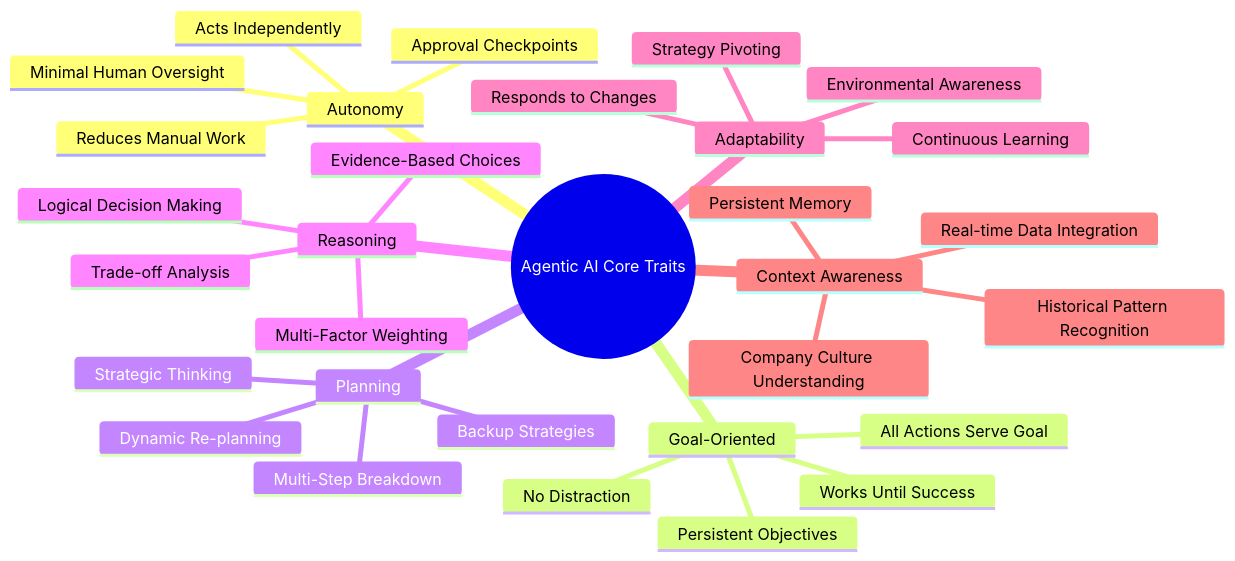
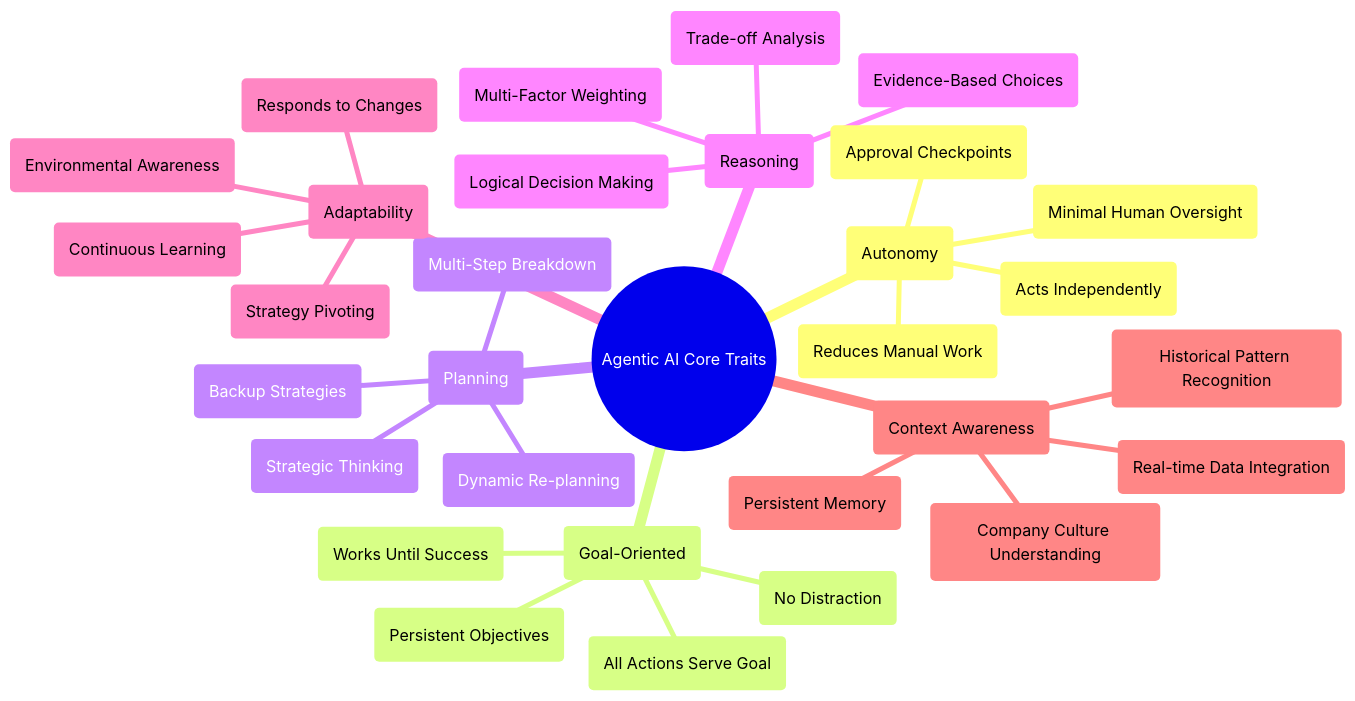
Before and after one commit to Sourabh-Kumar04/LangGraph: the second of 5 diagrams in 02_agentic_ai.md, drawn with Mermaid. The commit also changed other lines of this file, not shown here.

Commit message:
✨  dDcs: add detailed Agentic AI & Hiring Chatbots guide with interactive Mermaid diagrams

````diff
--- a/02_agentic_ai.md
+++ b/02_agentic_ai.md
@@ -303,34 +304,34 @@
 ```mermaid
 mindmap
-  root((Agentic AI Core Traits))
-    Autonomy
-      Acts Independently
-      Minimal Human Oversight
-      Approval Checkpoints
-      Reduces Manual Work
-    Goal-Oriented
-      Persistent Objectives
-      All Actions Serve Goal
-      No Distraction
-      Works Until Success
-    Planning
-      Strategic Thinking
-      Multi-Step Breakdown
-      Backup Strategies
-      Dynamic Re-planning
-    Reasoning
-      Logical Decision Making
-      Trade-off Analysis
-      Evidence-Based Choices
-      Multi-Factor Weighting
-    Adaptability
-      Responds to Changes
-      Strategy Pivoting
-      Continuous Learning
-      Environmental Awareness
-    Context Awareness
-      Persistent Memory
-      Company Culture Understanding
-      Real-time Data Integration
-      Historical Pattern Recognition
+  root(("Agentic AI Core Traits"))
+    ("Autonomy")
+      ("Acts Independently")
+      ("Minimal Human Oversight")
+      ("Approval Checkpoints")
+      ("Reduces Manual Work")
+    ("Goal-Oriented")
+      ("Persistent Objectives")
+      ("All Actions Serve Goal")
+      ("No Distraction")
+      ("Works Until Success")
+    ("Planning")
+      ("Strategic Thinking")
+      ("Multi-Step Breakdown")
+      ("Backup Strategies")
+      ("Dynamic Re-planning")
+    ("Reasoning")
+      ("Logical Decision Making")
+      ("Trade-off Analysis")
+      ("Evidence-Based Choices")
+      ("Multi-Factor Weighting")
+    ("Adaptability")
+      ("Responds to Changes")
+      ("Strategy Pivoting")
+      ("Continuous Learning")
+      ("Environmental Awareness")
+    ("Context Awareness")
+      ("Persistent Memory")
+      ("Company Culture Understanding")
+      ("Real-time Data Integration")
+      ("Historical Pattern Recognition")
 ```
````
